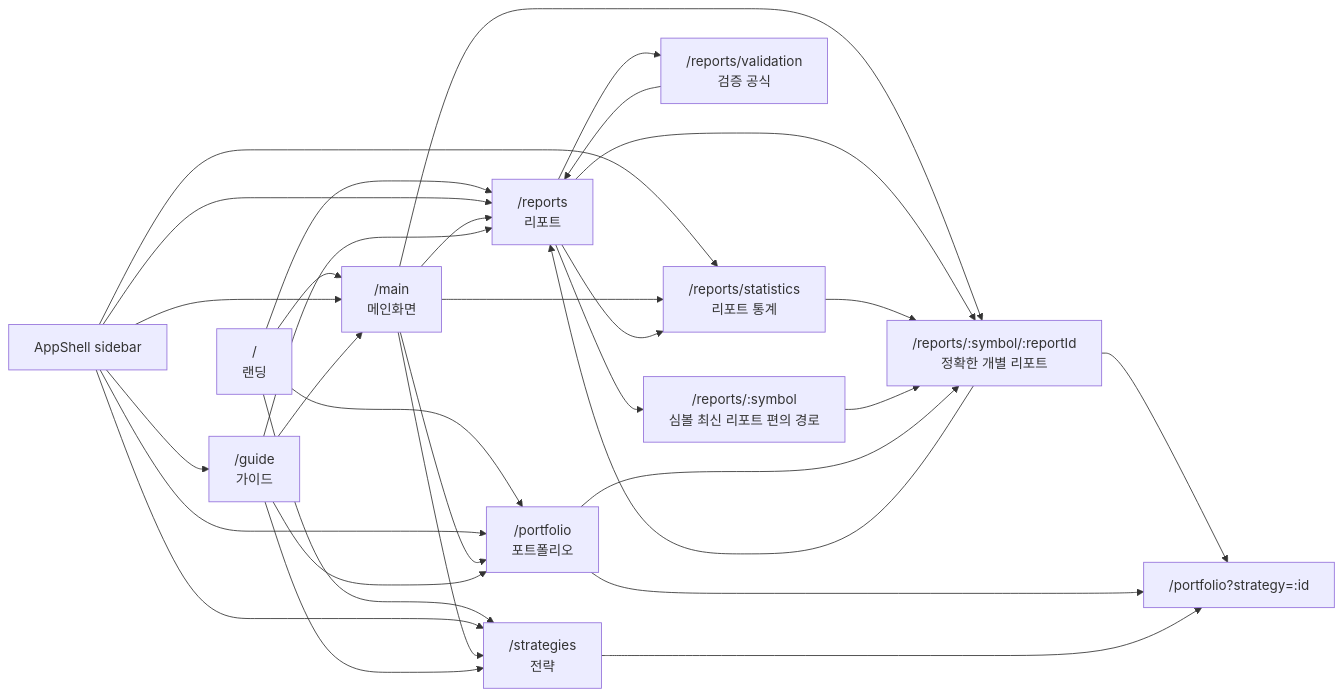
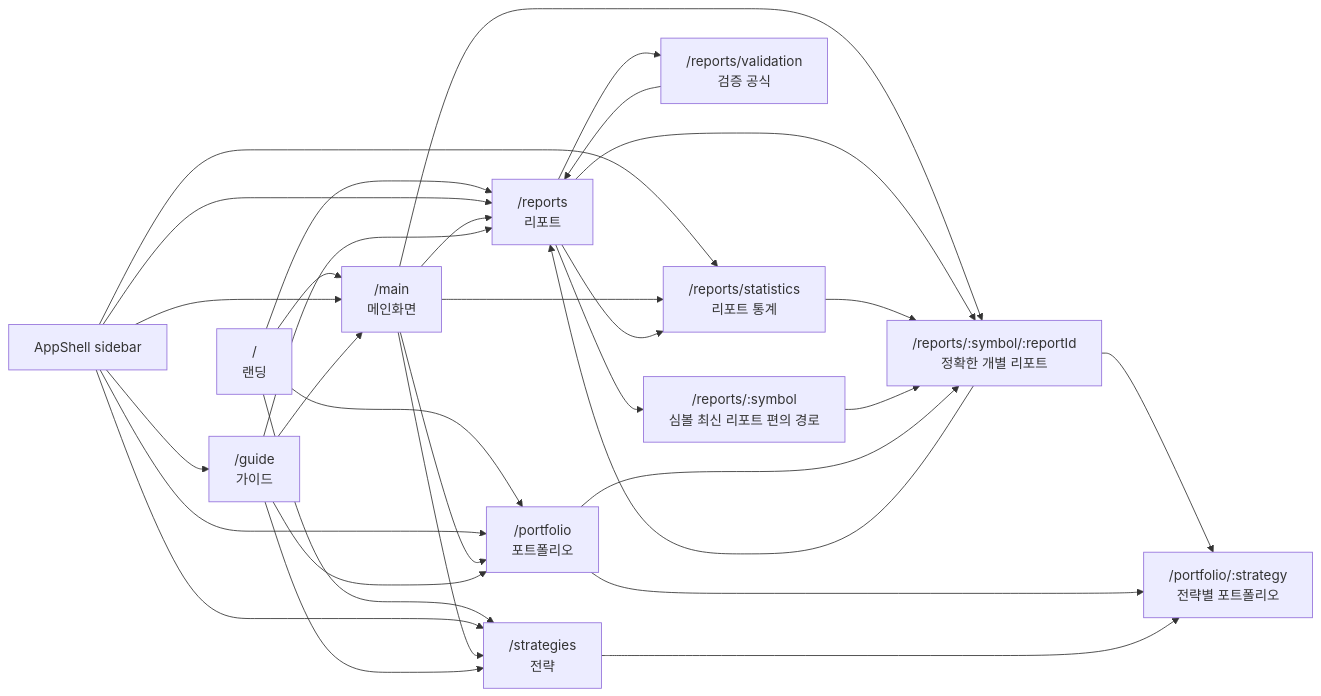
One commit to choiinyeol/snusmic-portfolio-lab changed the diagram in docs/navigation-architecture.md. Above: the diagram before and after it, drawn with Mermaid. The commit also changed other lines of this file and 21 other files, not shown here.

````diff
--- a/docs/navigation-architecture.md
+++ b/docs/navigation-architecture.md
@@ -7,39 +7,40 @@
 ```mermaid
 flowchart LR
   Landing["/\n랜딩"] --> Main["/main\n메인화면"]
   Landing --> Reports["/reports\n리포트"]
   Landing --> Portfolio["/portfolio\n포트폴리오"]
   Landing --> Strategies["/strategies\n전략"]
 
   Sidebar["AppShell sidebar"] --> Main
   Sidebar --> Portfolio
   Sidebar --> Reports
   Sidebar --> ReportStats["/reports/statistics\n리포트 통계"]
   Sidebar --> Strategies
   Sidebar --> Guide["/guide\n가이드"]
 
   Main --> Reports
   Main --> Portfolio
   Main --> Strategies
   Main --> ReportStats
   Main --> ExactReport["/reports/:symbol/:reportId\n정확한 개별 리포트"]
 
   Reports --> ReportStats
   Reports --> ReportValidation["/reports/validation\n검증 공식"]
   Reports --> ExactReport
   Reports --> SymbolReport["/reports/:symbol\n심볼 최신 리포트 편의 경로"]
 
   ReportStats --> ExactReport
   ReportValidation --> Reports
   ExactReport --> Reports
-  ExactReport --> PortfolioStrategy["/portfolio?strategy=:id"]
+  ExactReport --> PortfolioStrategy["/portfolio/:strategy
+전략별 포트폴리오"]
   SymbolReport --> ExactReport
 
   Portfolio --> PortfolioStrategy
   Portfolio --> ExactReport
   Strategies --> PortfolioStrategy
   Guide --> Main
   Guide --> Reports
   Guide --> Portfolio
   Guide --> Strategies
 ```
````
